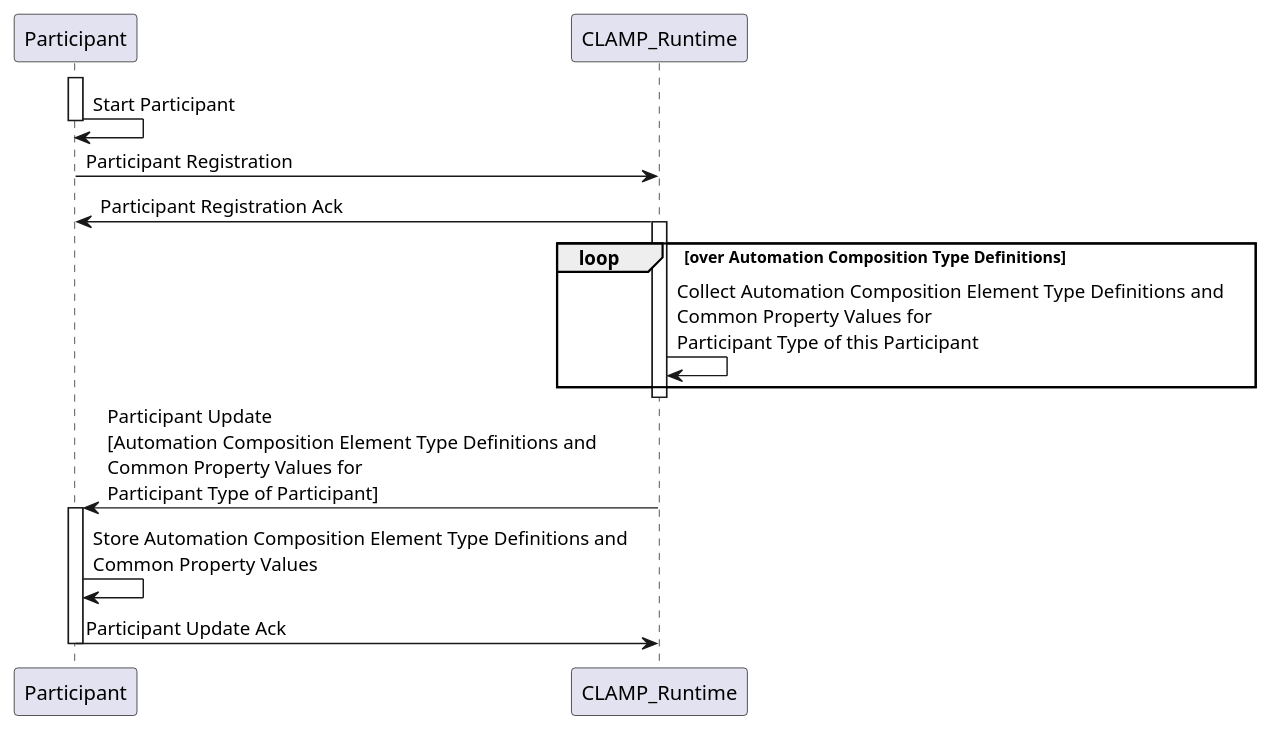
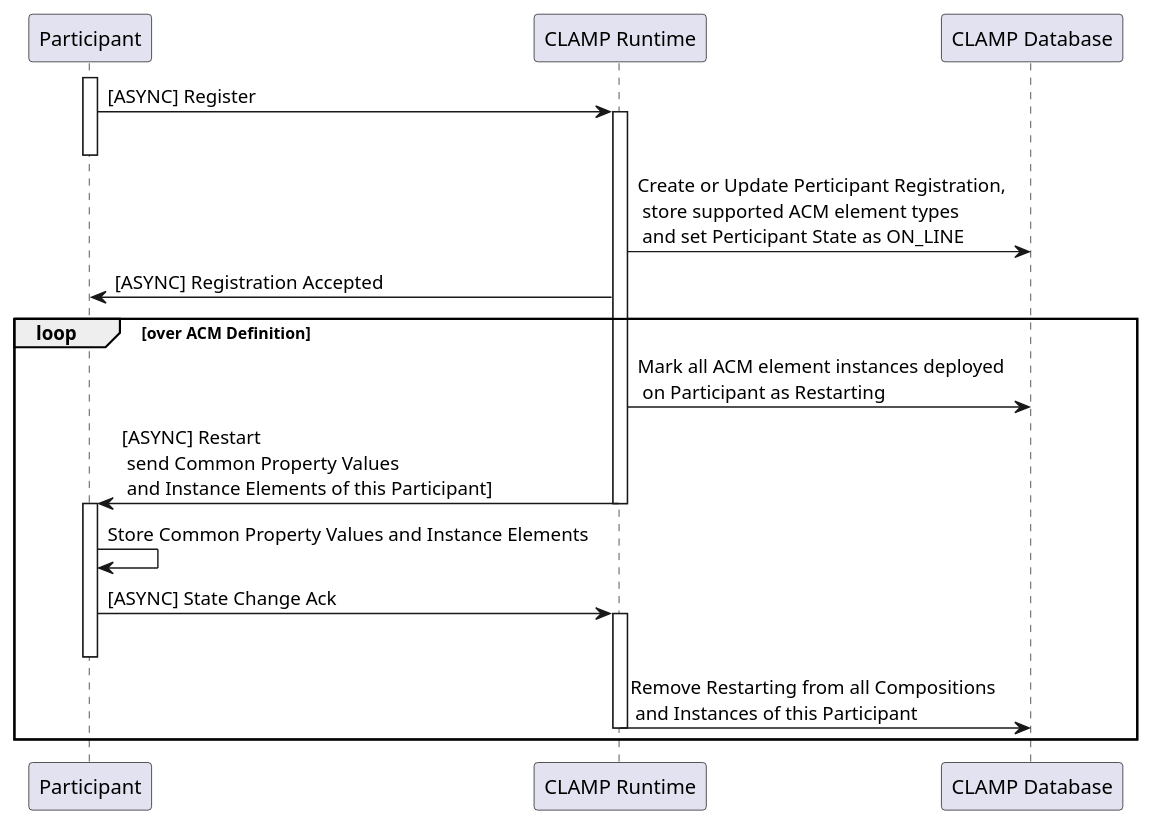
The diagram in docs/clamp/acm/api-protocol/puml/ParticipantRegister.puml (onap/policy-parent), drawn with PlantUML before and after one commit. The commit also changed 7 other files, not shown here.

First line of the commit message:
Update documentation for restart ACM

```diff
--- a/docs/clamp/acm/api-protocol/puml/ParticipantRegister.puml
+++ b/docs/clamp/acm/api-protocol/puml/ParticipantRegister.puml
@@ -1,17 +1,20 @@
 @startuml
 activate Participant
-Participant -> Participant: Start Participant
+  Participant -> "CLAMP Runtime": [ASYNC] Register
+activate "CLAMP Runtime"
 deactivate Participant
-Participant -> CLAMP_Runtime: Participant Registration
-Participant <- CLAMP_Runtime: Participant Registration Ack
-activate CLAMP_Runtime
-loop over Automation Composition Type Definitions
-	CLAMP_Runtime -> CLAMP_Runtime: Collect Automation Composition Element Type Definitions and\nCommon Property Values for\nParticipant Type of this Participant
-end
-deactivate CLAMP_Runtime
-Participant <- CLAMP_Runtime: Participant Update\n[Automation Composition Element Type Definitions and\nCommon Property Values for\nParticipant Type of Participant]
+  "CLAMP Runtime" -> "CLAMP Database": Create or Update Perticipant Registration,\n store supported ACM element types \n and set Perticipant State as ON_LINE
+  "CLAMP Runtime" -> Participant: [ASYNC] Registration Accepted
+  loop over ACM Definition
+	  "CLAMP Runtime" -> "CLAMP Database": Mark all ACM element instances deployed\n on Participant as Restarting
+    "CLAMP Runtime" -> Participant: [ASYNC] Restart\n send Common Property Values\n and Instance Elements of this Participant]
+deactivate "CLAMP Runtime"
 activate Participant
-Participant -> Participant: Store Automation Composition Element Type Definitions and\nCommon Property Values
-Participant -> CLAMP_Runtime: Participant Update Ack
+Participant -> Participant: Store Common Property Values and Instance Elements
+Participant -> "CLAMP Runtime": [ASYNC] State Change Ack
+activate "CLAMP Runtime"
 deactivate Participant
+  "CLAMP Runtime" -> "CLAMP Database": Remove Restarting from all Compositions \n and Instances of this Participant
+deactivate "CLAMP Runtime"
+  end
 @enduml
```
